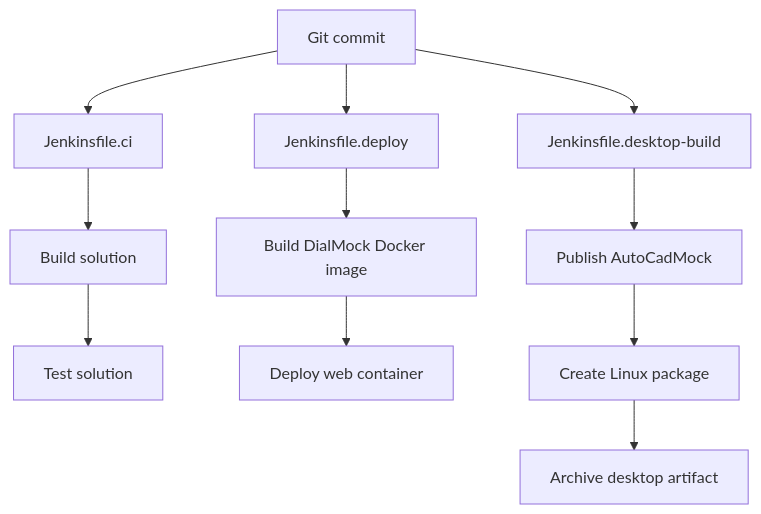
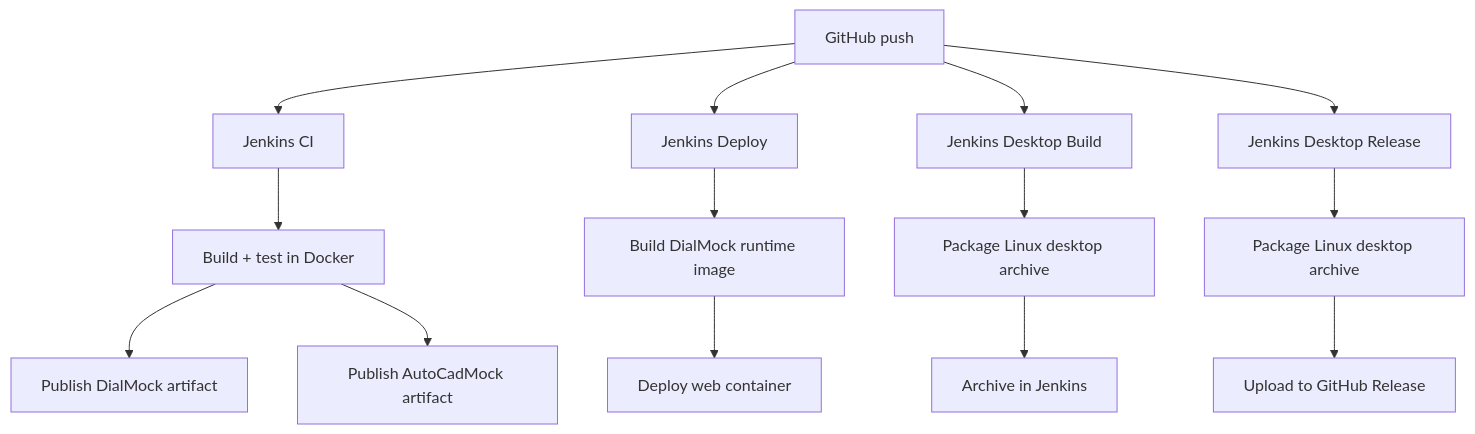
Before and after one commit to nathabee/csharp: the second of 3 diagrams in README.md, drawn with Mermaid. The commit also changed other lines of this file, not shown here.

Commit message:
1.2.1 Phase 11 : CI/CD- GitHub Release automation

`````diff
--- a/README.md
+++ b/README.md
@@ -420,21 +200,20 @@
 ```mermaid
-graph TD
+flowchart TD
+    A[GitHub push] --> B[Jenkins CI]
+    A --> C[Jenkins Deploy]
+    A --> D[Jenkins Desktop Build]
+    A --> E[Jenkins Desktop Release]
 
-    A[Git commit]
+    B --> F[Build + test in Docker]
+    F --> G[Publish DialMock artifact]
+    F --> H[Publish AutoCadMock artifact]
 
-    A --> B[Jenkinsfile.ci]
+    C --> I[Build DialMock runtime image]
+    I --> J[Deploy web container]
 
-    B --> C[Build solution]
-    C --> D[Test solution]
+    D --> K[Package Linux desktop archive]
+    K --> L[Archive in Jenkins]
 
-    A --> E[Jenkinsfile.deploy]
-
-    E --> F[Build DialMock Docker image]
-    F --> G[Deploy web container]
-
-    A --> H[Jenkinsfile.desktop-build]
-
-    H --> I[Publish AutoCadMock]
-    I --> J[Create Linux package]
-    J --> K[Archive desktop artifact]
-```
+    E --> M[Package Linux desktop archive]
+    M --> N[Upload to GitHub Release]
+````
`````
